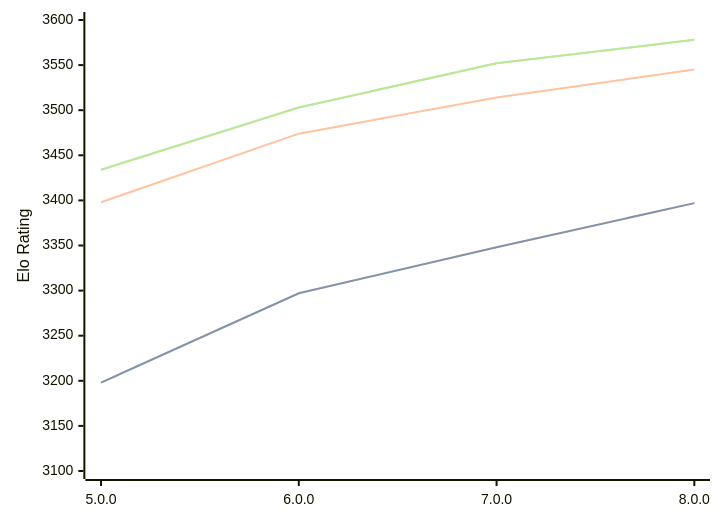
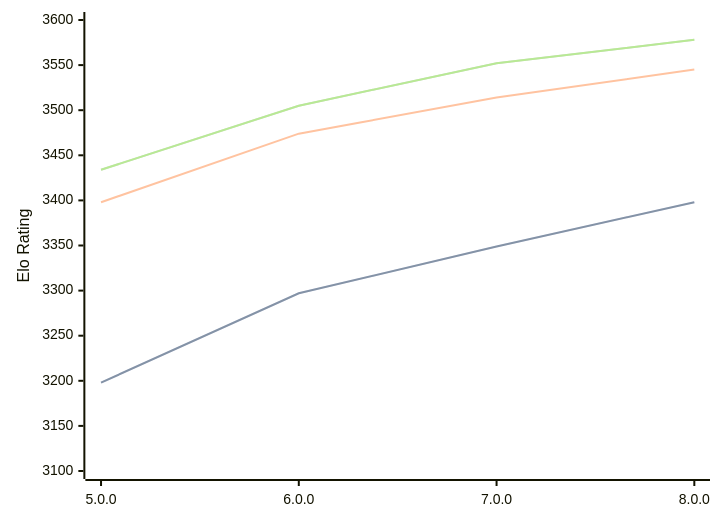
The diagram in engines/Stormphrax.md (computer-chess-index/cci), drawn with Mermaid before and after one commit. The commit also changed other lines of this file, not shown here.

Commit message:
Update CCI Ratings (ELO VLTC) - 2026-08-25

````diff
--- a/engines/Stormphrax.md
+++ b/engines/Stormphrax.md
@@ -34,11 +34,11 @@
 ```mermaid
 %%{init: {"theme":"base","themeVariables":{"seriesColors:['#a3a3a3','#222221','#faa371']}}}%%
 xychart-beta
   x-axis ["5.0.0", "6.0.0", "7.0.0", "8.0.0"]
   y-axis "Elo Rating" 3100 --> 3600
-  line "STC (8.0+0.08s)" [3198, 3297, 3348, 3397]
-  line "STC (8.0+0.08s)" [3198, 3297, 3348, 3397]
+  line "STC (8.0+0.08s)" [3198, 3297, 3349, 3398]
+  line "STC (8.0+0.08s)" [3198, 3297, 3349, 3398]
   line "LTC (60.0+0.60s)" [3398, 3474, 3514, 3545]
-  line "VLTC (2m24s+1.12s)" [3434, 3503, 3552, 3578]
-  line "VLTC (2m24s+1.12s)" [3434, 3503, 3552, 3578]
+  line "VLTC (2m24s+1.12s)" [3434, 3505, 3552, 3578]
+  line "VLTC (2m24s+1.12s)" [3434, 3505, 3552, 3578]
 ```
````
